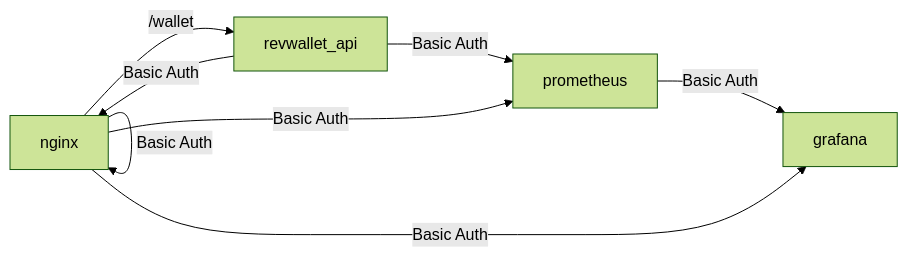
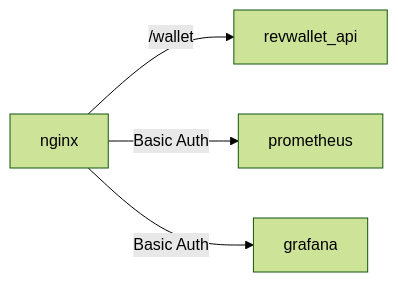
One commit to arthurjguerra/revwallet changed the diagram in README.md. Above: the diagram before and after it, drawn with Mermaid (forest theme).

Commit message:
feat: add arch diagram

````diff
--- a/README.md
+++ b/README.md
@@ -6,4 +6,6 @@
 ```mermaid
 flowchart LR
-  nginx -- /wallet --> revwallet_api & nginx -- Basic Auth --> prometheus & nginx -- Basic Auth --> grafana
+  nginx -- /wallet --> revwallet_api
+  nginx -- Basic Auth --> prometheus
+  nginx -- Basic Auth --> grafana
 ```
````
